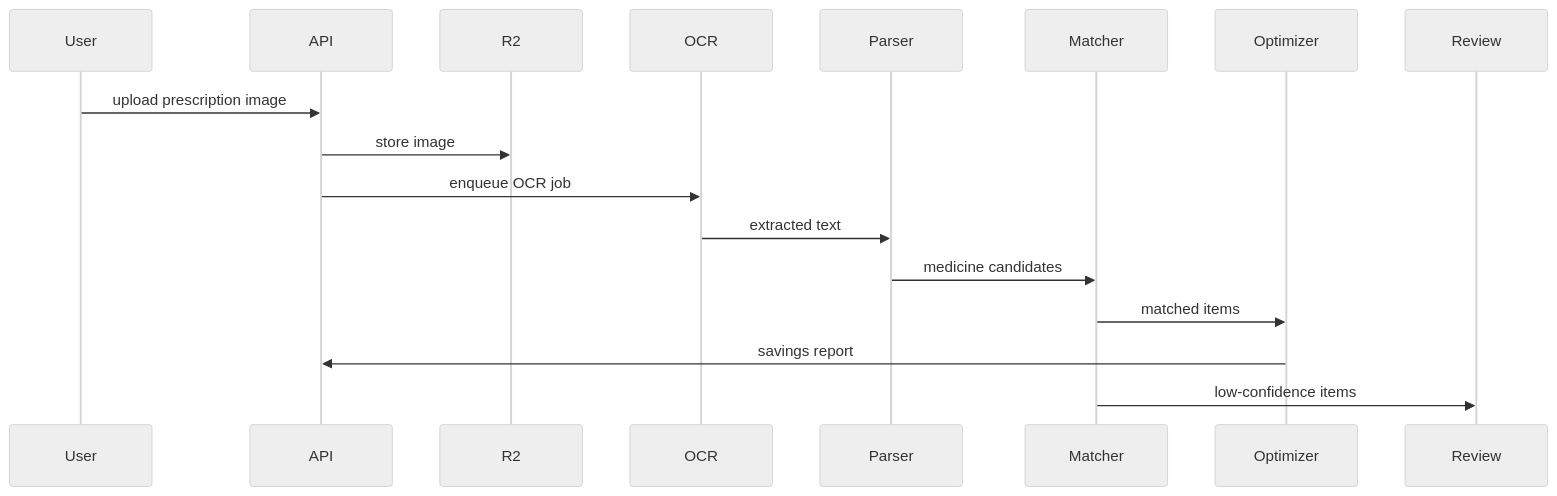
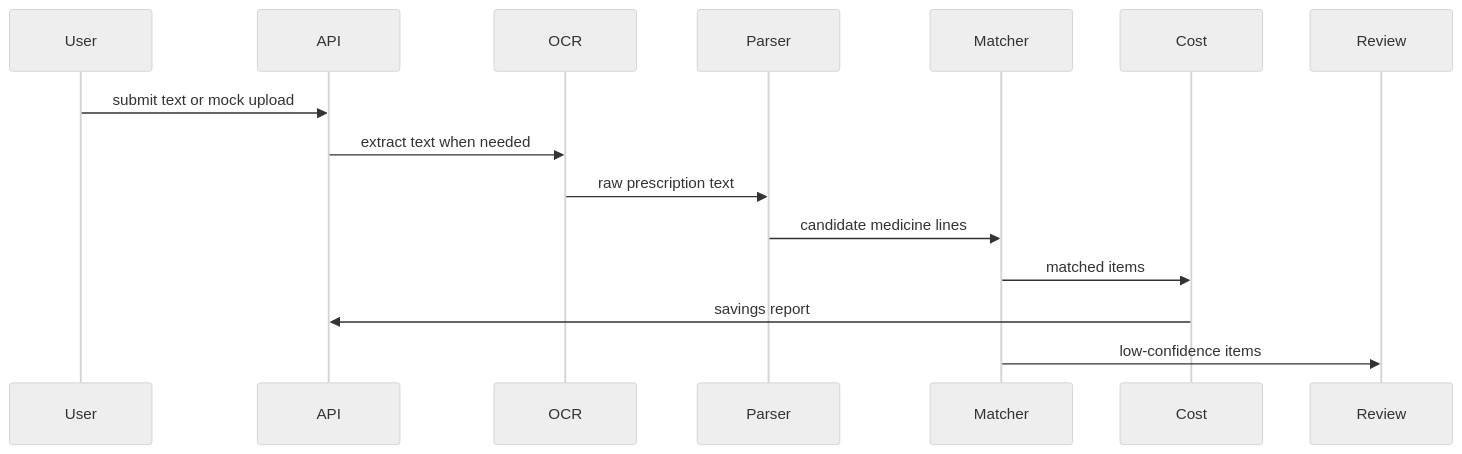
One commit to emttspk/dawaisaver.pk changed the diagram in docs/PRESCRIPTION_PROCESSING_ENGINE.md. Above: the diagram before and after it, drawn with Mermaid (neutral theme). The commit also changed other lines of this file and 41 other files, not shown here.

````diff
--- a/docs/PRESCRIPTION_PROCESSING_ENGINE.md
+++ b/docs/PRESCRIPTION_PROCESSING_ENGINE.md
@@ -9,20 +9,18 @@
 ```mermaid
 sequenceDiagram
   participant User
   participant API
-  participant R2
   participant OCR
   participant Parser
   participant Matcher
-  participant Optimizer
+  participant Cost
   participant Review
 
-  User->>API: upload prescription image
-  API->>R2: store image
-  API->>OCR: enqueue OCR job
-  OCR->>Parser: extracted text
-  Parser->>Matcher: medicine candidates
-  Matcher->>Optimizer: matched items
-  Optimizer->>API: savings report
+  User->>API: submit text or mock upload
+  API->>OCR: extract text when needed
+  OCR->>Parser: raw prescription text
+  Parser->>Matcher: candidate medicine lines
+  Matcher->>Cost: matched items
+  Cost->>API: savings report
   Matcher->>Review: low-confidence items
 ```
````
